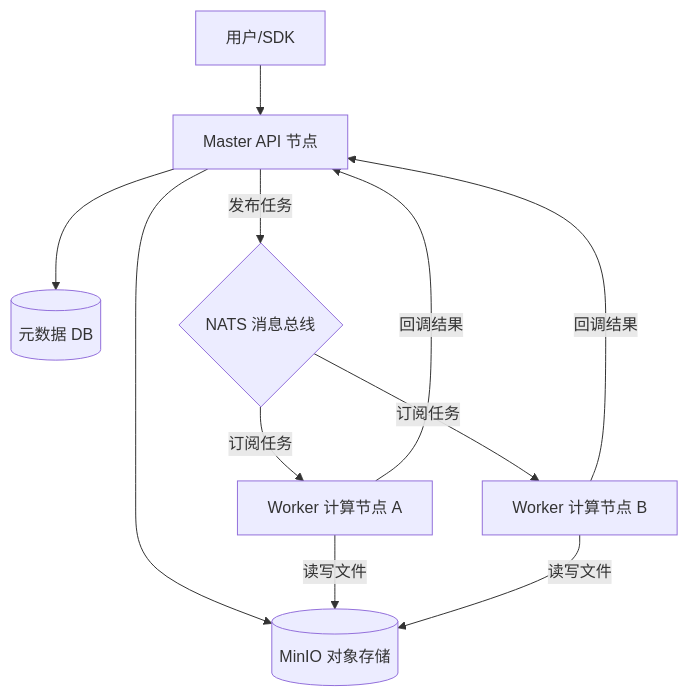
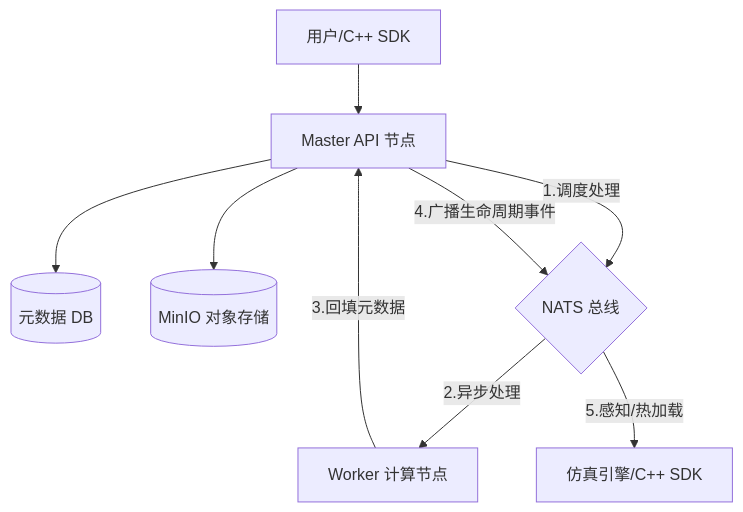
The diagram in README.md (LinYang-github/sim-hub), drawn with Mermaid before and after one commit. The commit also changed other lines of this file and 4 other files, not shown here.

````diff
--- a/README.md
+++ b/README.md
@@ -17,13 +19,11 @@
 ```mermaid
 graph TD
-    User[用户/SDK] --> Master[Master API 节点]
+    User[用户/C++ SDK] --> Master[Master API 节点]
     Master --> DB[(元数据 DB)]
     Master --> MinIO[(MinIO 对象存储)]
-    Master -- 发布任务 --> NATS{NATS 消息总线}
-    NATS -- 订阅任务 --> Worker1[Worker 计算节点 A]
-    NATS -- 订阅任务 --> Worker2[Worker 计算节点 B]
-    Worker1 -- 回调结果 --> Master
-    Worker2 -- 回调结果 --> Master
-    Worker1 -- 读写文件 --> MinIO
-    Worker2 -- 读写文件 --> MinIO
+    Master -- 1.调度处理 --> NATS{NATS 总线}
+    NATS -- 2.异步处理 --> Worker[Worker 计算节点]
+    Worker -- 3.回填元数据 --> Master
+    Master -- 4.广播生命周期事件 --> NATS
+    NATS -- 5.感知/热加载 --> SDK[仿真引擎/C++ SDK]
 ```
````
